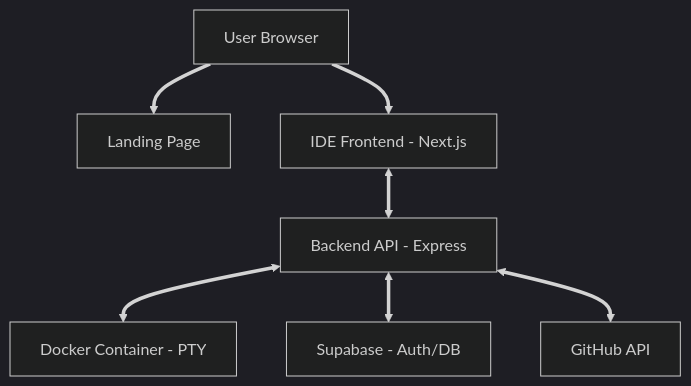
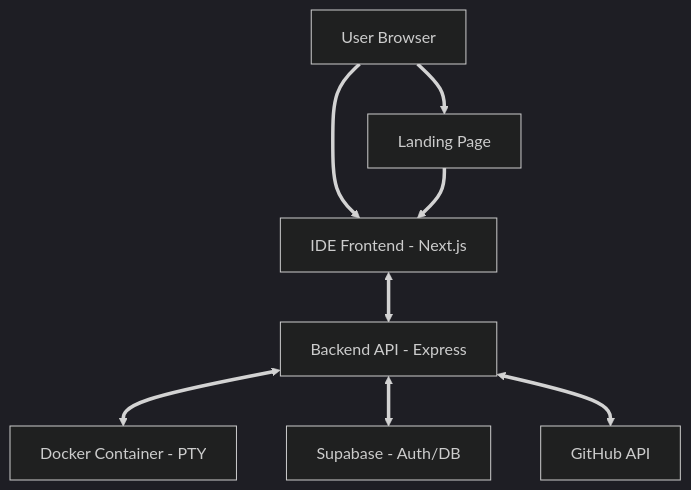
One commit to Rajani-Meet/CodeForge-Hub changed the diagram in README.md. Above: the diagram before and after it, drawn with Mermaid (dark theme).

Commit message:
Fix mermaid graph formatting in README.md

````diff
--- a/README.md
+++ b/README.md
@@ -55,9 +55,10 @@
 ```mermaid
 graph TD
     A[User Browser] ==> B[Landing Page]
     A ==> C[IDE Frontend - Next.js]
+    B ==> C
     C <==> D[Backend API - Express]
     D <==> E[Docker Container - PTY]
     D <==> F[Supabase - Auth/DB]
     D <==> G[GitHub API]
 ```
````
